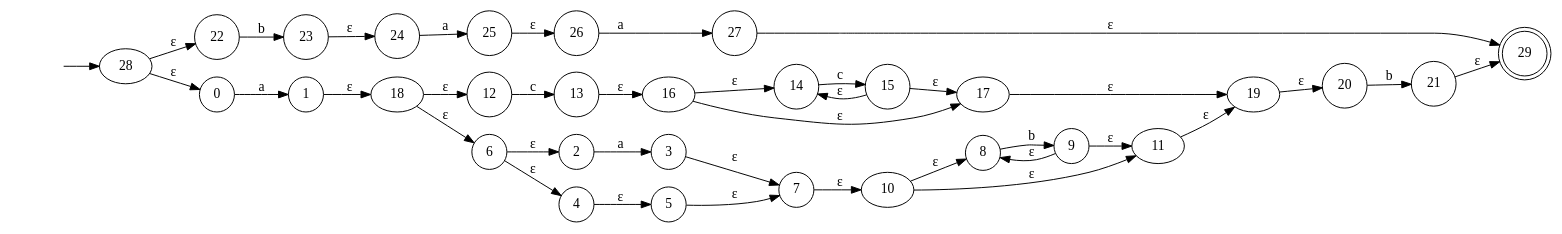
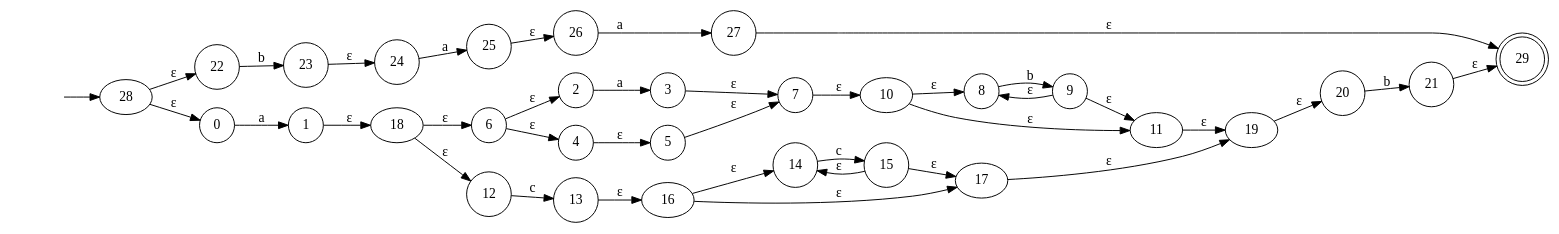
Before and after one commit to oscarparedez/compiler-project-1: the diagram in NFA.gv, drawn with Graphviz. The commit also changed other lines of this file and 12 other files, not shown here.

```diff
--- a/NFA.gv
+++ b/NFA.gv
@@ -1,64 +1,64 @@
 digraph NFA {
 	graph [rankdir=LR]
 	"" [label="" shape=plaintext]
 	29 [label=29 shape=doublecircle]
+	2 [label=2 shape=circle]
+	26 [label=26 shape=circle]
+	21 [label=21 shape=circle]
+	9 [label=9 shape=circle]
+	3 [label=3 shape=circle]
+	13 [label=13 shape=circle]
+	22 [label=22 shape=circle]
 	20 [label=20 shape=circle]
+	14 [label=14 shape=circle]
+	6 [label=6 shape=circle]
+	12 [label=12 shape=circle]
+	4 [label=4 shape=circle]
+	25 [label=25 shape=circle]
+	24 [label=24 shape=circle]
+	0 [label=0 shape=circle]
 	8 [label=8 shape=circle]
-	25 [label=25 shape=circle]
-	21 [label=21 shape=circle]
+	15 [label=15 shape=circle]
+	23 [label=23 shape=circle]
+	1 [label=1 shape=circle]
+	5 [label=5 shape=circle]
+	7 [label=7 shape=circle]
 	27 [label=27 shape=circle]
-	12 [label=12 shape=circle]
-	15 [label=15 shape=circle]
-	9 [label=9 shape=circle]
-	6 [label=6 shape=circle]
-	24 [label=24 shape=circle]
-	14 [label=14 shape=circle]
-	7 [label=7 shape=circle]
-	2 [label=2 shape=circle]
-	13 [label=13 shape=circle]
-	5 [label=5 shape=circle]
-	3 [label=3 shape=circle]
-	1 [label=1 shape=circle]
-	23 [label=23 shape=circle]
-	4 [label=4 shape=circle]
-	22 [label=22 shape=circle]
-	0 [label=0 shape=circle]
-	26 [label=26 shape=circle]
 	"" -> 28 [label=""]
+	28 -> 0 [label="ε"]
 	28 -> 22 [label="ε"]
-	28 -> 0 [label="ε"]
 	21 -> 29 [label="ε"]
 	27 -> 29 [label="ε"]
 	19 -> 20 [label="ε"]
 	1 -> 18 [label="ε"]
 	0 -> 1 [label=a]
 	18 -> 12 [label="ε"]
 	18 -> 6 [label="ε"]
 	11 -> 19 [label="ε"]
 	17 -> 19 [label="ε"]
 	7 -> 10 [label="ε"]
+	6 -> 4 [label="ε"]
 	6 -> 2 [label="ε"]
-	6 -> 4 [label="ε"]
 	3 -> 7 [label="ε"]
 	5 -> 7 [label="ε"]
 	2 -> 3 [label=a]
 	4 -> 5 [label="ε"]
 	10 -> 8 [label="ε"]
 	10 -> 11 [label="ε"]
 	9 -> 8 [label="ε"]
 	9 -> 11 [label="ε"]
 	8 -> 9 [label=b]
 	13 -> 16 [label="ε"]
 	12 -> 13 [label=c]
+	16 -> 17 [label="ε"]
 	16 -> 14 [label="ε"]
-	16 -> 17 [label="ε"]
+	15 -> 17 [label="ε"]
 	15 -> 14 [label="ε"]
-	15 -> 17 [label="ε"]
 	14 -> 15 [label=c]
 	20 -> 21 [label=b]
 	25 -> 26 [label="ε"]
 	23 -> 24 [label="ε"]
 	22 -> 23 [label=b]
 	24 -> 25 [label=a]
 	26 -> 27 [label=a]
 }
```
